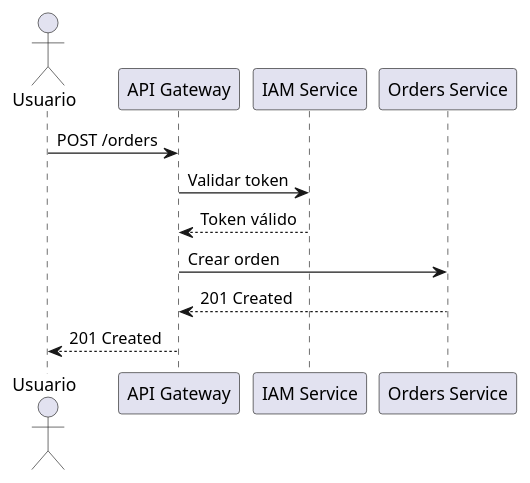
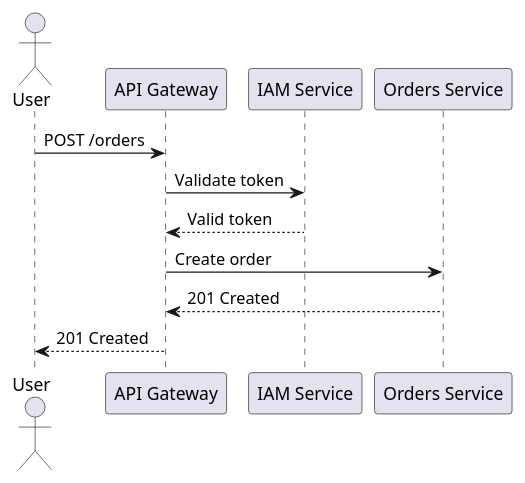
Before and after one commit to jesusarielgb-works/microservices-governance-framework: the first of 2 diagrams in 08-uml/README.md, drawn with PlantUML. The commit also changed other lines of this file and 83 other files, not shown here.

First line of the commit message:
docs: translate all content to English + add SVG diagrams

````diff
--- a/08-uml/README.md
+++ b/08-uml/README.md
@@ -35,15 +35,15 @@
 ```plantuml
 @startuml
-actor Usuario
+actor User
 participant "API Gateway" as GW
 participant "IAM Service" as IAM
 participant "Orders Service" as Orders
 
-Usuario -> GW: POST /orders
-GW -> IAM: Validar token
-IAM --> GW: Token válido
-GW -> Orders: Crear orden
+User -> GW: POST /orders
+GW -> IAM: Validate token
+IAM --> GW: Valid token
+GW -> Orders: Create order
 Orders --> GW: 201 Created
-GW --> Usuario: 201 Created
+GW --> User: 201 Created
 @enduml
 ```
````
